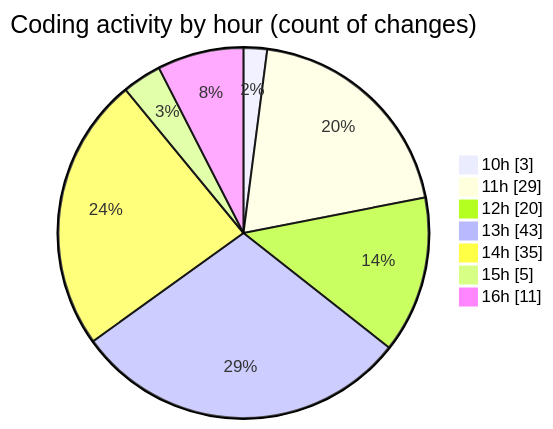
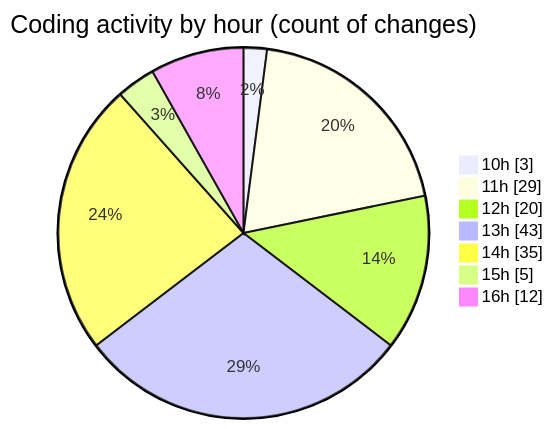
One commit to EIIisD/code-tracking changed the second of 2 diagrams in 2025-08-14/ribbon/README.md. Above: the diagram before and after it, drawn with Mermaid. The commit also changed other lines of this file and 1 other file, not shown here.

````diff
--- a/2025-08-14/ribbon/README.md
+++ b/2025-08-14/ribbon/README.md
@@ -40,11 +40,11 @@
 ```mermaid
 pie showData
 title Coding activity by hour (count of changes)
 "10h" : 3
 "11h" : 29
 "12h" : 20
 "13h" : 43
 "14h" : 35
 "15h" : 5
-"16h" : 11
+"16h" : 12
 ```
````
